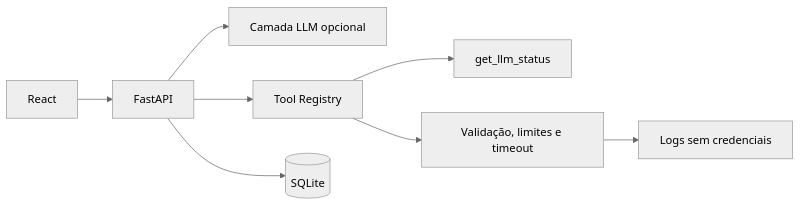
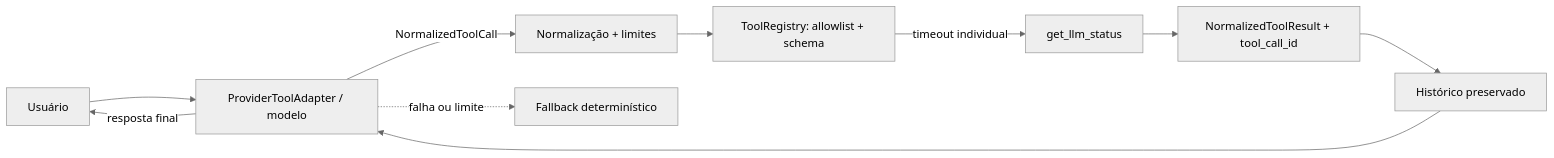
The diagram in README.md (marantmir/E3I-Tactical-Intelligence), drawn with Mermaid (neutral theme) before and after one commit. The commit also changed other lines of this file and 8 other files, not shown here.

Commit message:
feat: implement native llm tool orchestration

````diff
--- a/README.md
+++ b/README.md
@@ -168,10 +168,12 @@
 ```mermaid
 flowchart LR
-    UI[React] --> API[FastAPI]
-    API --> L[Camada LLM opcional]
-    API --> R[Tool Registry]
-    R --> S[get_llm_status]
-    R --> T[Validação, limites e timeout]
-    T --> O[Logs sem credenciais]
-    API --> DB[(SQLite)]
+    U[Usuário] --> M[ProviderToolAdapter / modelo]
+    M -->|NormalizedToolCall| N[Normalização + limites]
+    N --> R[ToolRegistry: allowlist + schema]
+    R -->|timeout individual| T[get_llm_status]
+    T --> X[NormalizedToolResult + tool_call_id]
+    X --> H[Histórico preservado]
+    H --> M
+    M -->|resposta final| U
+    M -. falha ou limite .-> F[Fallback determinístico]
 ```
````
